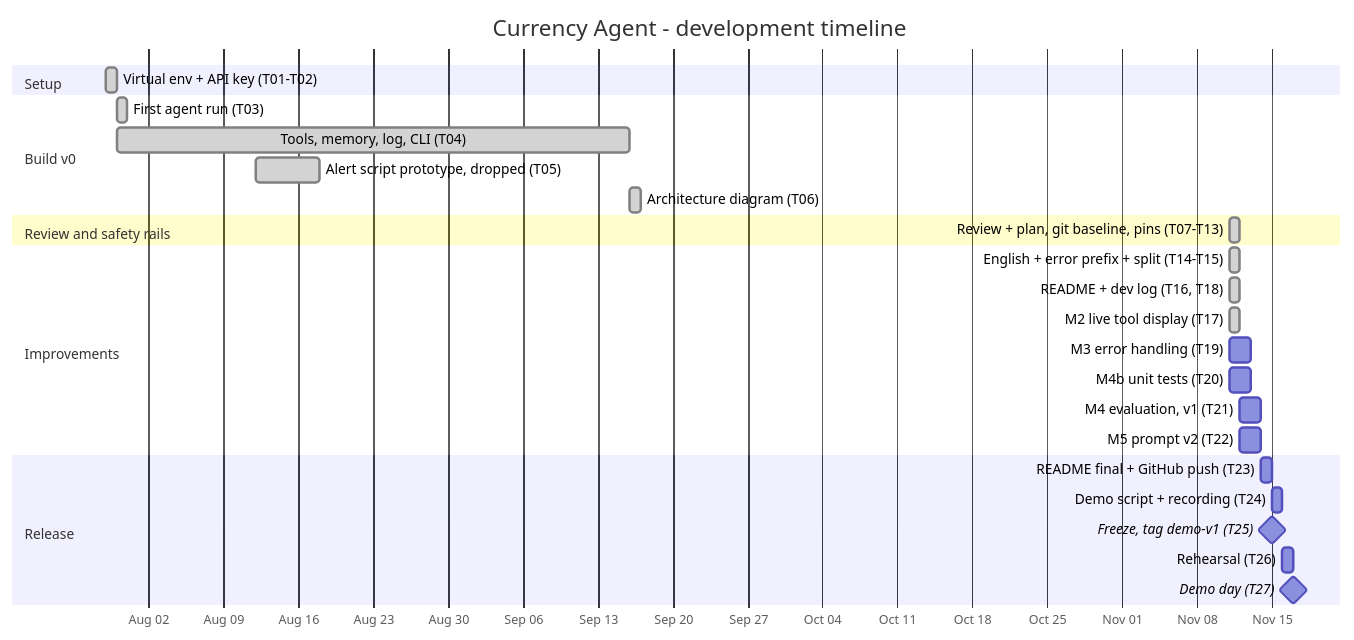
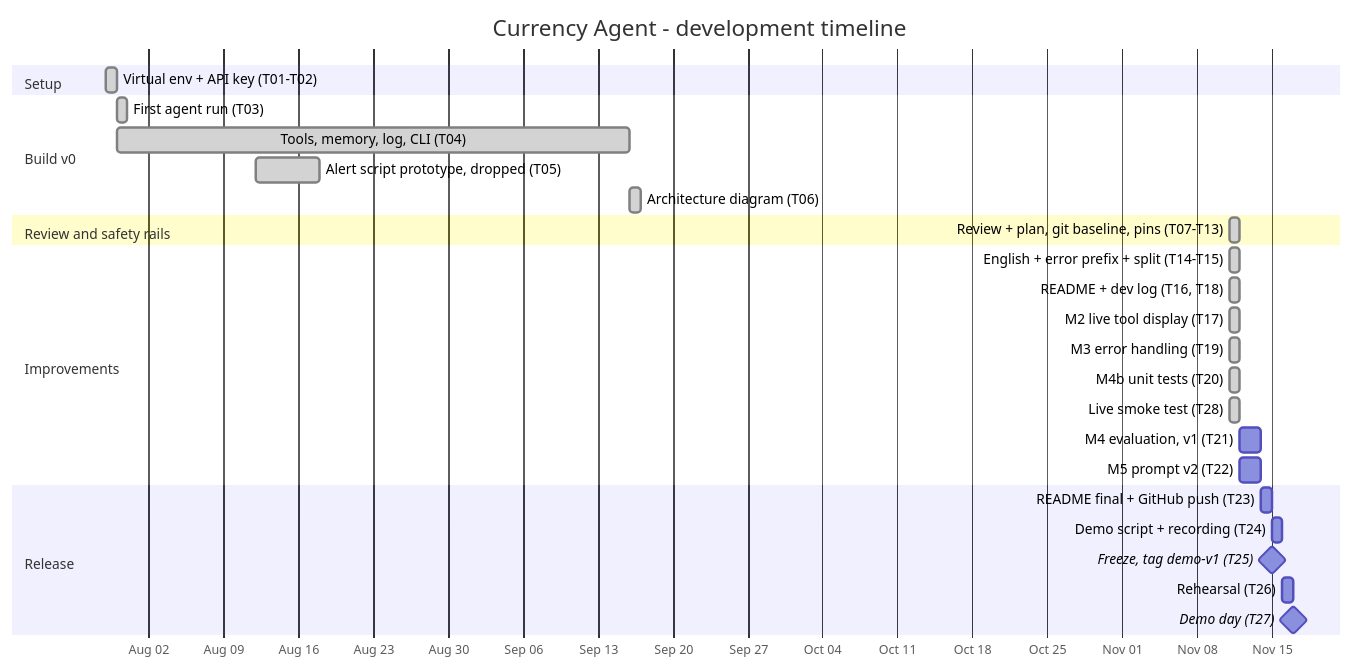
The diagram in docs/dev_log.md (falthackel/agentic-financial-monitoring-assistant), drawn with Mermaid before and after one commit. The commit also changed other lines of this file, not shown here.

Commit message:
docs: dev log for M3, unit tests and first live smoke test

````diff
--- a/docs/dev_log.md
+++ b/docs/dev_log.md
@@ -49,34 +50,35 @@
 ```mermaid
 gantt
     title Currency Agent - development timeline
     dateFormat YYYY-MM-DD
     axisFormat %b %d
 
     section Setup
     Virtual env + API key (T01-T02)          :done, t01, 2026-07-29, 1d
 
     section Build v0
     First agent run (T03)                    :done, t03, 2026-07-30, 1d
     Tools, memory, log, CLI (T04)            :done, t04, 2026-07-30, 2026-09-16
     Alert script prototype, dropped (T05)    :done, t05, 2026-08-12, 2026-08-18
     Architecture diagram (T06)               :done, t06, 2026-09-16, 1d
 
     section Review and safety rails
     Review + plan, git baseline, pins (T07-T13) :done, t07, 2026-11-11, 1d
 
     section Improvements
     English + error prefix + split (T14-T15) :done, t14, 2026-11-11, 1d
     README + dev log (T16, T18)              :done, t16, 2026-11-11, 1d
     M2 live tool display (T17)               :done, t17, 2026-11-11, 1d
-    M3 error handling (T19)                  :t19, 2026-11-11, 2d
-    M4b unit tests (T20)                     :t20, 2026-11-11, 2d
+    M3 error handling (T19)                  :done, t19, 2026-11-11, 1d
+    M4b unit tests (T20)                     :done, t20, 2026-11-11, 1d
+    Live smoke test (T28)                    :done, t28, 2026-11-11, 1d
     M4 evaluation, v1 (T21)                  :t21, 2026-11-12, 2d
     M5 prompt v2 (T22)                       :t22, 2026-11-12, 2d
 
     section Release
     README final + GitHub push (T23)         :t23, 2026-11-14, 1d
     Demo script + recording (T24)            :t24, 2026-11-15, 1d
     Freeze, tag demo-v1 (T25)                :milestone, t25, 2026-11-15, 0d
     Rehearsal (T26)                          :t26, 2026-11-16, 1d
     Demo day (T27)                     :milestone, t27, 2026-11-17, 0d
 ```
````
